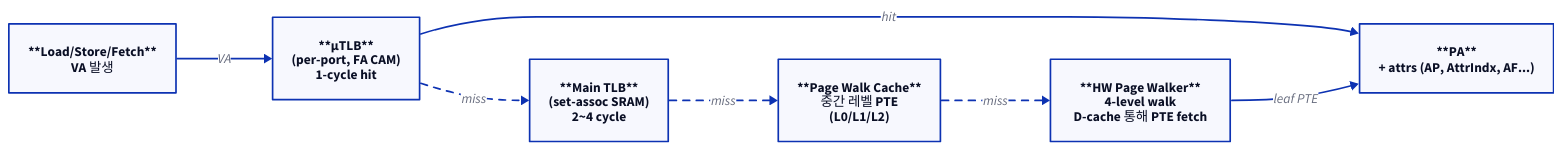
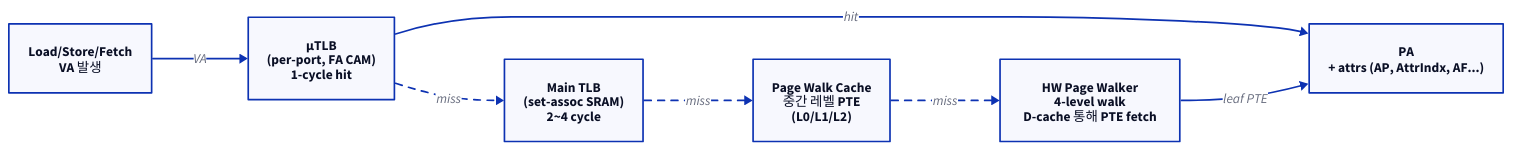
One commit to humbleowl39/DV_SKOOL changed the first of 2 diagrams in starlight_site/src/content/docs/cpu_arm/05_mmu_translation.md. Above: the diagram before and after it, drawn with D2. The commit also changed other lines of this file and 714 other files, not shown here.

First line of the commit message:
fix(site): d2 다이어그램 가독성 결함 6종 일괄 수정

````diff
--- a/starlight_site/src/content/docs/cpu_arm/05_mmu_translation.md
+++ b/starlight_site/src/content/docs/cpu_arm/05_mmu_translation.md
@@ -52,17 +52,17 @@
 ```d2
 direction: right
 
-CPU: "**Load/Store/Fetch**\nVA 발생"
-UTLB: "**μTLB**\n(per-port, FA CAM)\n1-cycle hit"
-MTLB: "**Main TLB**\n(set-assoc SRAM)\n2~4 cycle"
-PWC: "**Page Walk Cache**\n중간 레벨 PTE\n(L0/L1/L2)"
-WALK: "**HW Page Walker**\n4-level walk\nD-cache 통해 PTE fetch"
-PA: "**PA**\n+ attrs (AP, AttrIndx, AF...)"
+CPU: "Load/Store/Fetch\nVA 발생"
+UTLB: "μTLB\n(per-port, FA CAM)\n1-cycle hit"
+MTLB: "Main TLB\n(set-assoc SRAM)\n2~4 cycle"
+PWC: "Page Walk Cache\n중간 레벨 PTE\n(L0/L1/L2)"
+WALK: "HW Page Walker\n4-level walk\nD-cache 통해 PTE fetch"
+PA: "PA\n+ attrs (AP, AttrIndx, AF...)"
 
 CPU -> UTLB: "VA"
 UTLB -> MTLB: "miss" { style.stroke-dash: 4 }
 MTLB -> PWC: "miss" { style.stroke-dash: 4 }
 PWC -> WALK: "miss" { style.stroke-dash: 4 }
 UTLB -> PA: "hit"
 WALK -> PA: "leaf PTE"
 ```
````
